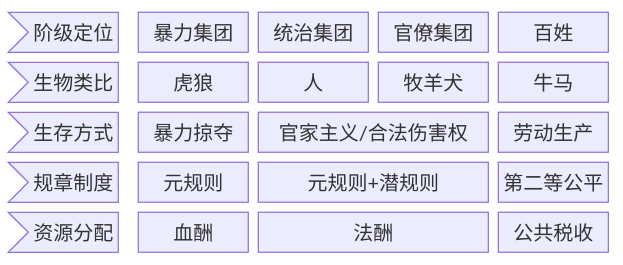
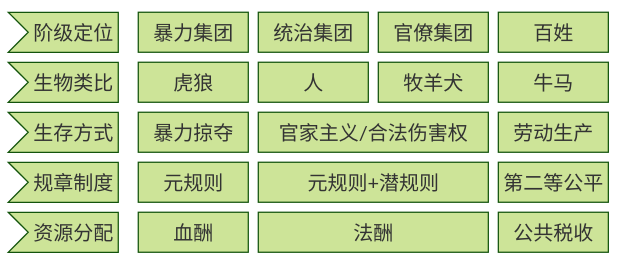
Before and after one commit to El25Aleph/_Aleph: the diagram in SS-血酬定律-潜规则-吴思访谈.md, drawn with Mermaid. The commit also changed other lines of this file, not shown here.

````diff
--- a/SS-血酬定律-潜规则-吴思访谈.md
+++ b/SS-血酬定律-潜规则-吴思访谈.md
@@ -77,16 +14,16 @@
 ```mermaid
-
+%%{init: {'theme':'forest'}}%%
 block-beta
 
 columns 5
 
 A0>"阶级定位"] 暴力集团 统治集团 官僚集团 百姓
 
 A1>"生物类比"] 虎狼 人 牧羊犬 牛马
 
 A2>"生存方式"] 暴力掠夺 官家主义/合法伤害权:2 劳动生产
 
 A3>"规章制度"] 元规则 元规则+潜规则:2 第二等公平
 
 A4>"资源分配"] 血酬 法酬:2 公共税收
 ```
````
